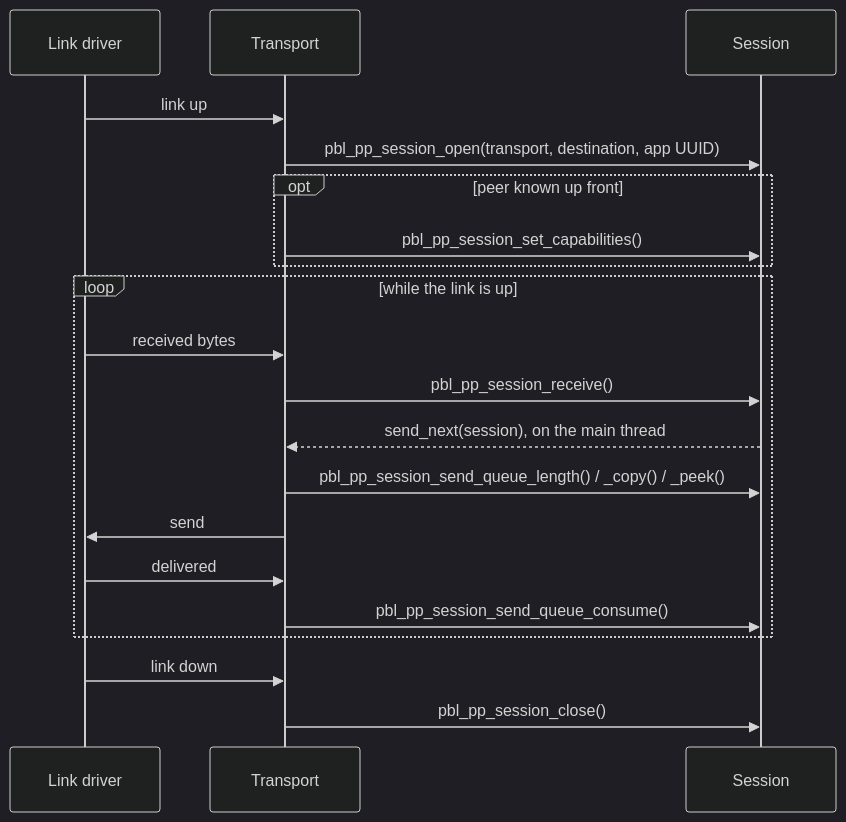
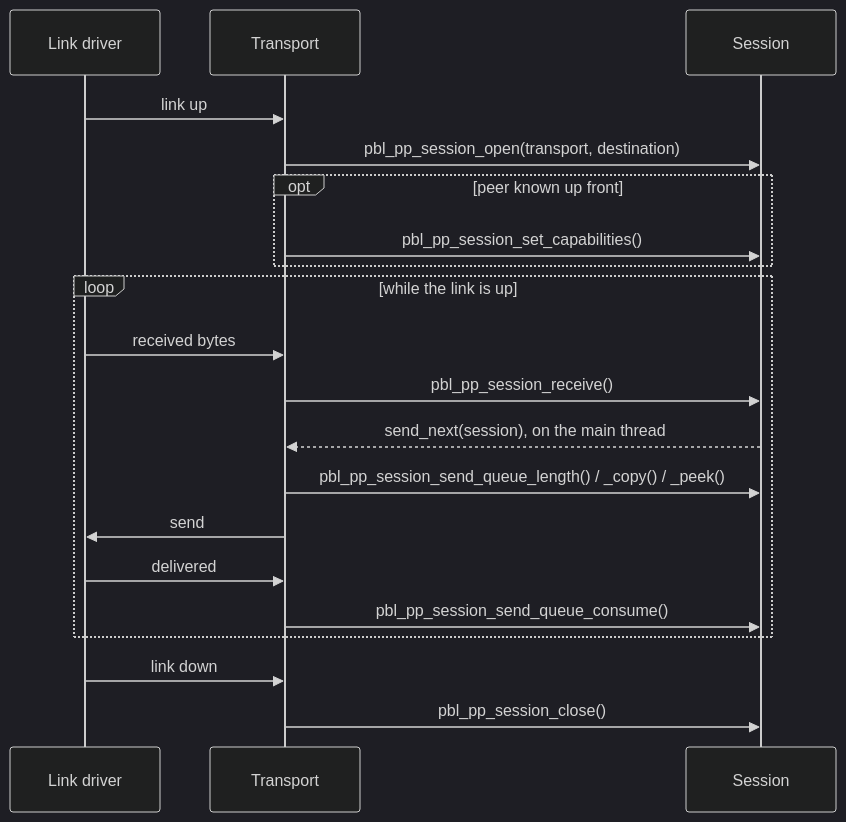
Before and after one commit to coredevices/PebbleOS: the first of 5 diagrams in docs/subsystems/pp/transports.md, drawn with Mermaid (dark theme). The commit also changed other lines of this file and 71 other files, not shown here.

````diff
--- a/docs/subsystems/pp/transports.md
+++ b/docs/subsystems/pp/transports.md
@@ -23,22 +23,22 @@
 ```{mermaid}
 sequenceDiagram
   participant D as Link driver
   participant T as Transport
   participant S as Session
   D->>T: link up
-  T->>S: pbl_pp_session_open(transport, destination, app UUID)
+  T->>S: pbl_pp_session_open(transport, destination)
   opt peer known up front
     T->>S: pbl_pp_session_set_capabilities()
   end
   loop while the link is up
     D->>T: received bytes
     T->>S: pbl_pp_session_receive()
     S-->>T: send_next(session), on the main thread
     T->>S: pbl_pp_session_send_queue_length() / _copy() / _peek()
     T->>D: send
     D->>T: delivered
     T->>S: pbl_pp_session_send_queue_consume()
   end
   D->>T: link down
   T->>S: pbl_pp_session_close()
 ```
````
